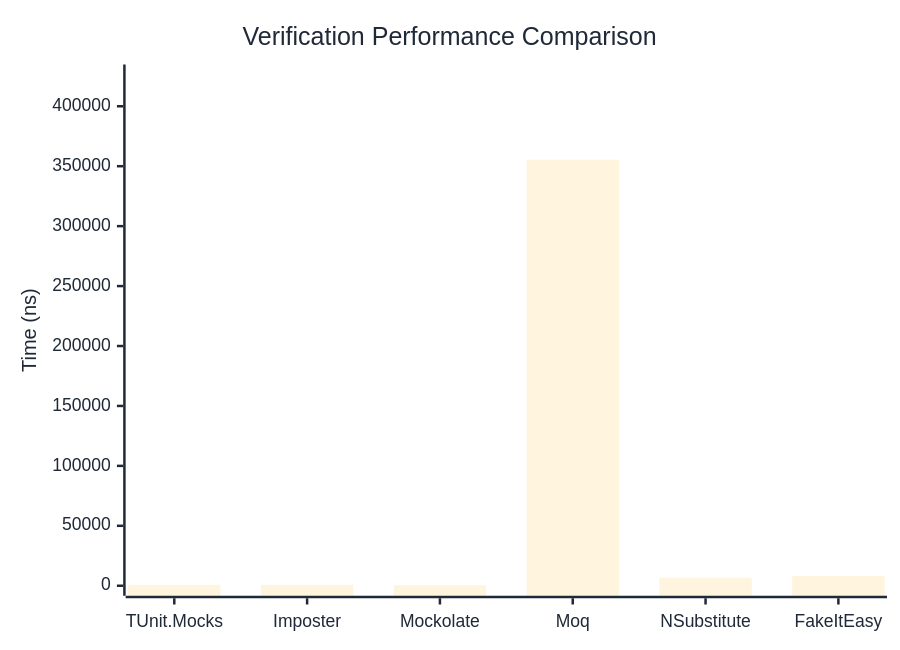
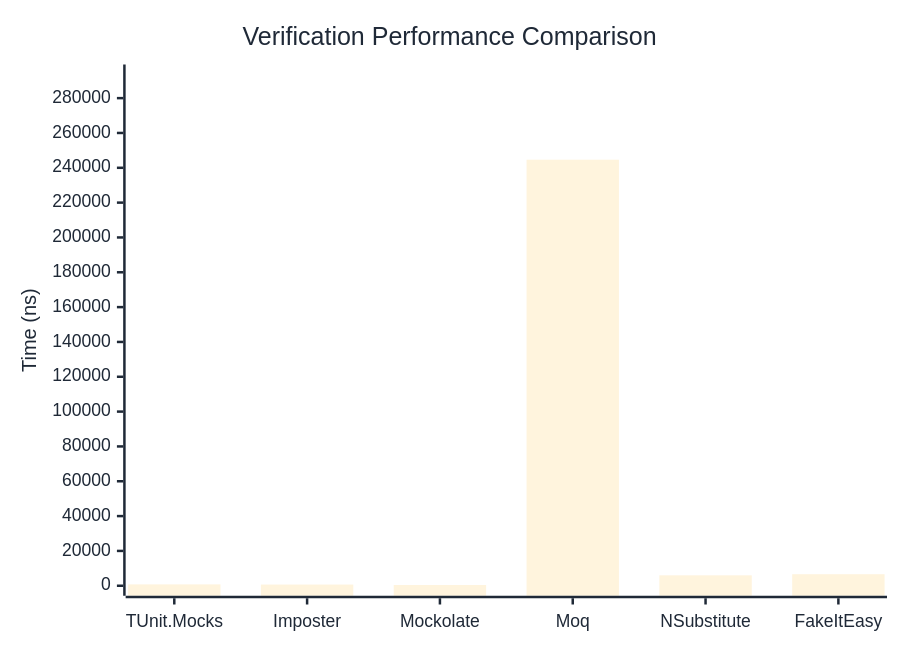
The first of 3 diagrams in docs/docs/benchmarks/mocks/Verification.md (thomhurst/TUnit), drawn with Mermaid before and after one commit. The commit also changed other lines of this file and 14 other files, not shown here.

````diff
--- a/docs/docs/benchmarks/mocks/Verification.md
+++ b/docs/docs/benchmarks/mocks/Verification.md
@@ -30,27 +30,27 @@
 ```mermaid
 %%{init: {
   'theme':'base',
   'themeVariables': {
     'primaryColor': '#2563eb',
     'primaryTextColor': '#1f2937',
     'primaryBorderColor': '#1e40af',
     'lineColor': '#6b7280',
     'secondaryColor': '#7c3aed',
     'tertiaryColor': '#dc2626',
     'background': '#ffffff',
     'pie1': '#2563eb',
     'pie2': '#7c3aed',
     'pie3': '#dc2626',
     'pie4': '#f59e0b',
     'pie5': '#10b981',
     'pie6': '#06b6d4',
     'pie7': '#ec4899',
     'pie8': '#6366f1'
   }
 }}%%
 xychart-beta
   title "Verification Performance Comparison"
   x-axis ["TUnit.Mocks", "Imposter", "Mockolate", "Moq", "NSubstitute", "FakeItEasy"]
-  y-axis "Time (ns)" 0 --> 426508
-  bar [731.1, 787.3, 468.03, 355422.97, 6626.39, 8104.45]
+  y-axis "Time (ns)" 0 --> 293571
+  bar [779.6, 690.03, 416.06, 244642.07, 5987.73, 6625.19]
 ```
````
